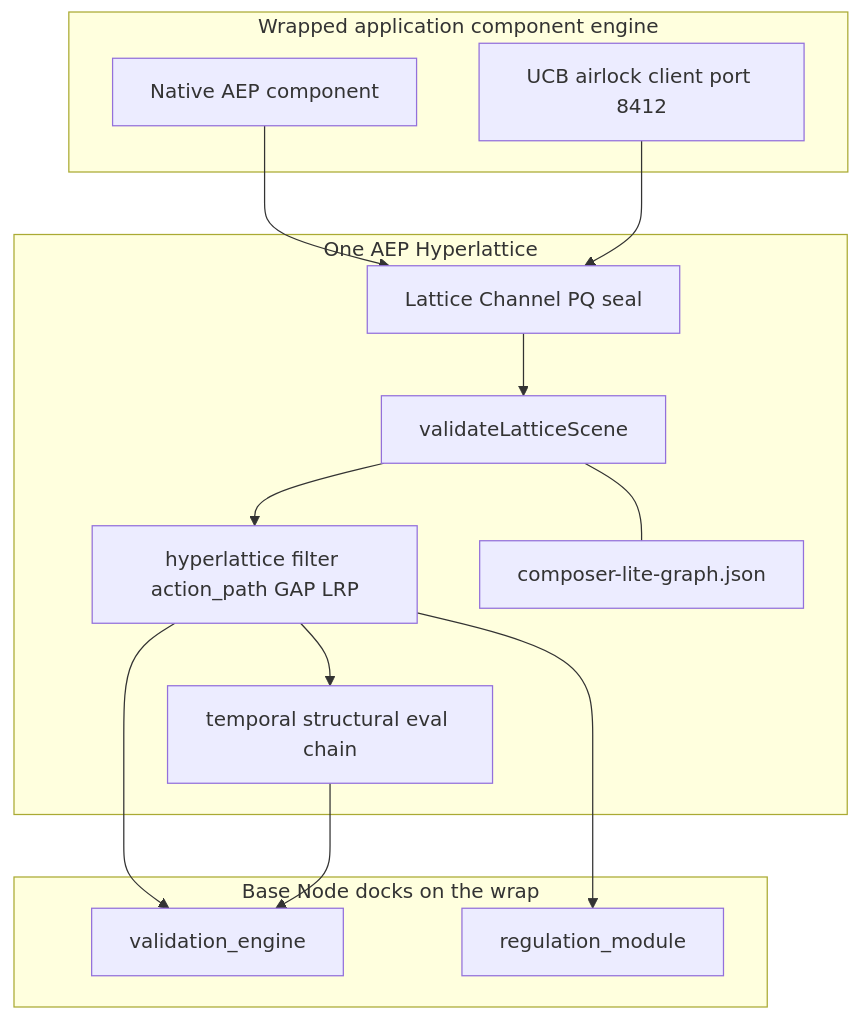
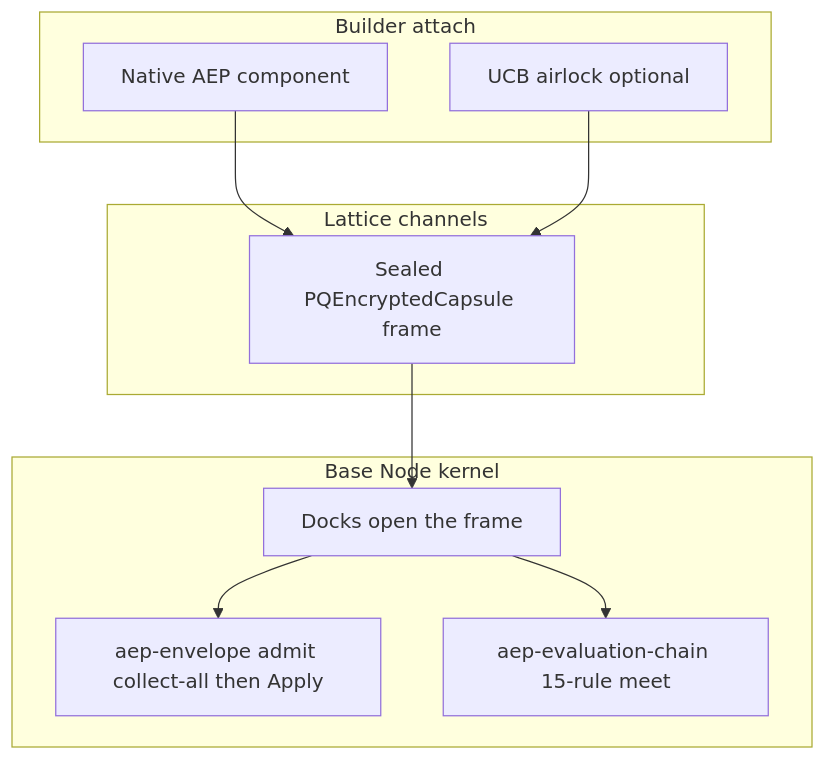
The third of 4 diagrams in README.md (thePM001/AEP-agent-element-protocol), drawn with Mermaid before and after one commit. The commit also changed other lines of this file and 350 other files, not shown here.

````diff
--- a/README.md
+++ b/README.md
@@ -648,28 +659,23 @@
 ```mermaid
 flowchart TB
-  subgraph SYSTEMS[Wrapped application component engine]
-    APP["Native AEP component"]
-    UCB["UCB airlock client port 8412"]
+  subgraph BUILDER[Builder attach]
+    APP[Native AEP component]
+    UCB[UCB airlock optional]
   end
 
-  subgraph HL[One AEP Hyperlattice]
-    LC["Lattice Channel PQ seal"]
-    VAL["validateLatticeScene"]
-    FIL["hyperlattice filter action_path GAP LRP"]
-    PIPE["temporal structural eval chain"]
-    CANVAS["composer-lite-graph.json"]
+  subgraph TRANSPORT[Lattice channels]
+    LC[Sealed PQEncryptedCapsule frame]
   end
 
-  subgraph DOCKS[Base Node docks on the wrap]
-    VE["validation_engine"]
-    RM["regulation_module"]
+  subgraph KERNEL[Base Node kernel]
+    DOCK[Docks open the frame]
+    ADMIT[aep-envelope admit collect-all then Apply]
+    MEET[aep-evaluation-chain 15-rule meet]
   end
 
   APP --> LC
   UCB --> LC
-  LC --> VAL --> FIL --> PIPE
-  VAL --- CANVAS
-  FIL --> VE
-  PIPE --> VE
-  FIL --> RM
+  LC --> DOCK
+  DOCK --> ADMIT
+  DOCK --> MEET
 ```
````
